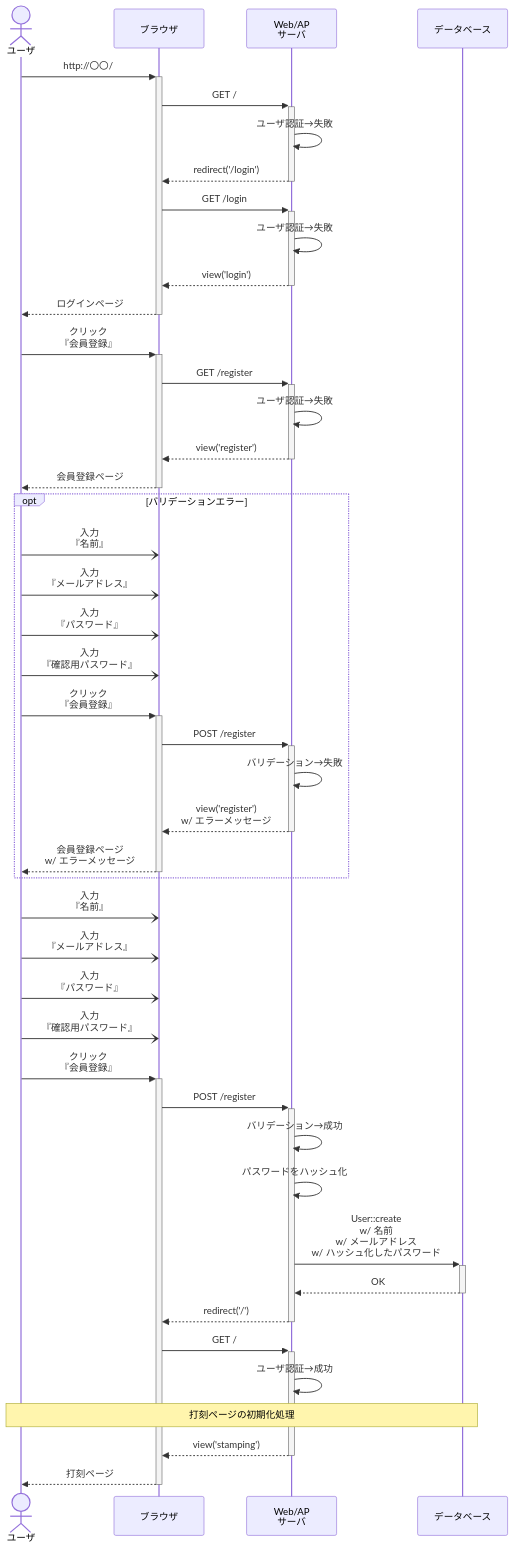
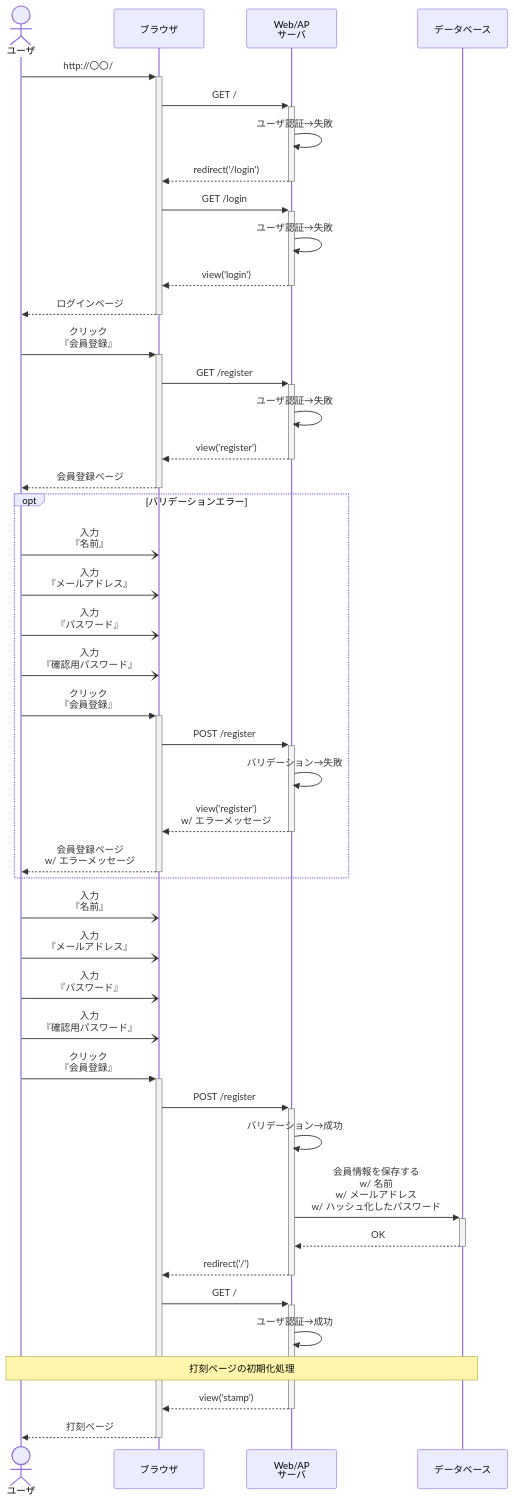
The diagram in doc/シーケンス図/会員登録.md (ryamao/atte), drawn with Mermaid before and after one commit. The commit also changed 9 other files, not shown here.

Commit message:
doc: シーケンス図を修正

````diff
--- a/doc/シーケンス図/会員登録.md
+++ b/doc/シーケンス図/会員登録.md
@@ -3,51 +3,50 @@
 ```mermaid
 sequenceDiagram
   actor U as ユーザ
   participant B as ブラウザ
   participant A as Web/AP<br>サーバ
   participant D as データベース
 
   U ->>+ B : http://〇〇/
   B ->>+ A : GET /
   A ->> A : ユーザ認証→失敗
   A -->>- B : redirect('/login')
   B ->>+ A : GET /login
   A ->> A : ユーザ認証→失敗
   A -->>- B : view('login')
   B -->>- U : ログインページ
 
   U ->>+ B : クリック<br>『会員登録』
   B ->>+ A : GET /register
   A ->> A : ユーザ認証→失敗
   A -->>- B : view('register')
   B -->>- U : 会員登録ページ
 
   opt バリデーションエラー
     U -) B : 入力<br>『名前』
     U -) B : 入力<br>『メールアドレス』
     U -) B : 入力<br>『パスワード』
     U -) B : 入力<br>『確認用パスワード』
     U ->>+ B : クリック<br>『会員登録』
     B ->>+ A : POST /register
     A ->> A : バリデーション→失敗
     A -->>- B : view('register')<br>w/ エラーメッセージ
     B -->>- U : 会員登録ページ<br>w/ エラーメッセージ
   end
 
   U -) B : 入力<br>『名前』
   U -) B : 入力<br>『メールアドレス』
   U -) B : 入力<br>『パスワード』
   U -) B : 入力<br>『確認用パスワード』
   U ->>+ B : クリック<br>『会員登録』
   B ->>+ A : POST /register
   A ->> A : バリデーション→成功
-  A ->> A : パスワードをハッシュ化
-  A ->>+ D : User::create<br>w/ 名前<br>w/ メールアドレス<br>w/ ハッシュ化したパスワード
+  A ->>+ D : 会員情報を保存する<br>w/ 名前<br>w/ メールアドレス<br>w/ ハッシュ化したパスワード
   D -->>- A : OK
   A -->>- B : redirect('/')
   B ->>+ A : GET /
   A ->> A : ユーザ認証→成功
   note over U, D : 打刻ページの初期化処理
-  A -->>- B : view('stamping')
+  A -->>- B : view('stamp')
   B -->>- U : 打刻ページ
 ```
````
